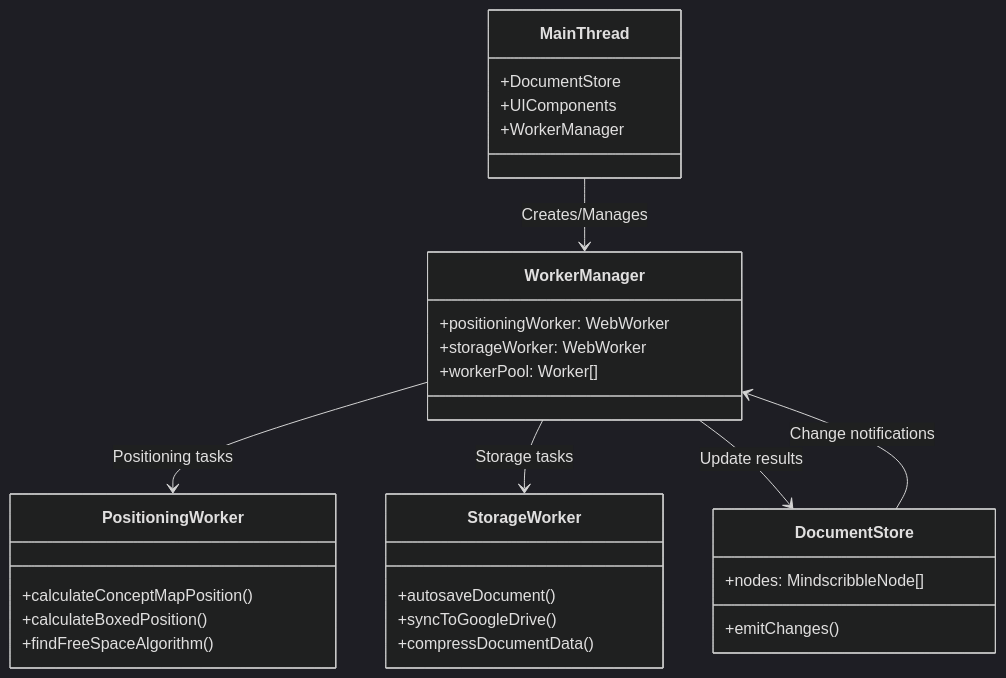
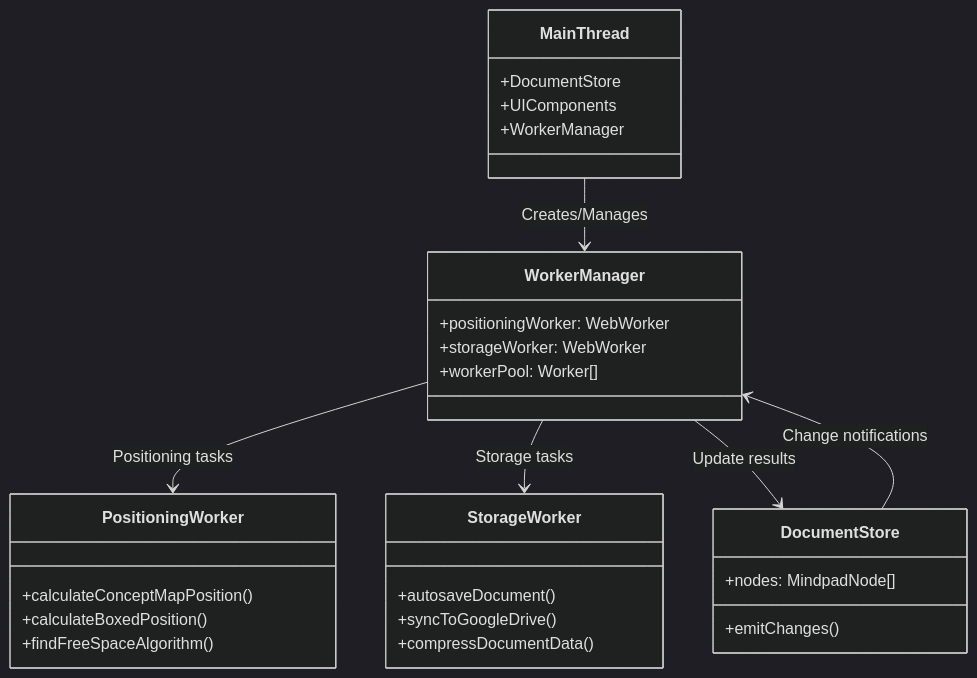
Before and after one commit to kosirm/mindmap-writer: the diagram in mindscribble/dev/002_WEB_WORKERS.md, drawn with Mermaid (dark theme). The commit also changed other lines of this file and 121 other files, not shown here.

Commit message:
mindscribble renamed to mindpad

````diff
--- a/mindscribble/dev/002_WEB_WORKERS.md
+++ b/mindscribble/dev/002_WEB_WORKERS.md
@@ -9,37 +9,37 @@
 ```mermaid
 classDiagram
     class MainThread {
         +DocumentStore
         +UIComponents
         +WorkerManager
     }
 
     class WorkerManager {
         +positioningWorker: WebWorker
         +storageWorker: WebWorker
         +workerPool: Worker[]
     }
 
     class PositioningWorker {
         +calculateConceptMapPosition()
         +calculateBoxedPosition()
         +findFreeSpaceAlgorithm()
     }
 
     class StorageWorker {
         +autosaveDocument()
         +syncToGoogleDrive()
         +compressDocumentData()
     }
 
     class DocumentStore {
-        +nodes: MindscribbleNode[]
+        +nodes: MindpadNode[]
         +emitChanges()
     }
 
     MainThread --> WorkerManager: Creates/Manages
     WorkerManager --> PositioningWorker: Positioning tasks
     WorkerManager --> StorageWorker: Storage tasks
     DocumentStore --> WorkerManager: Change notifications
     WorkerManager --> DocumentStore: Update results
 ```
````
